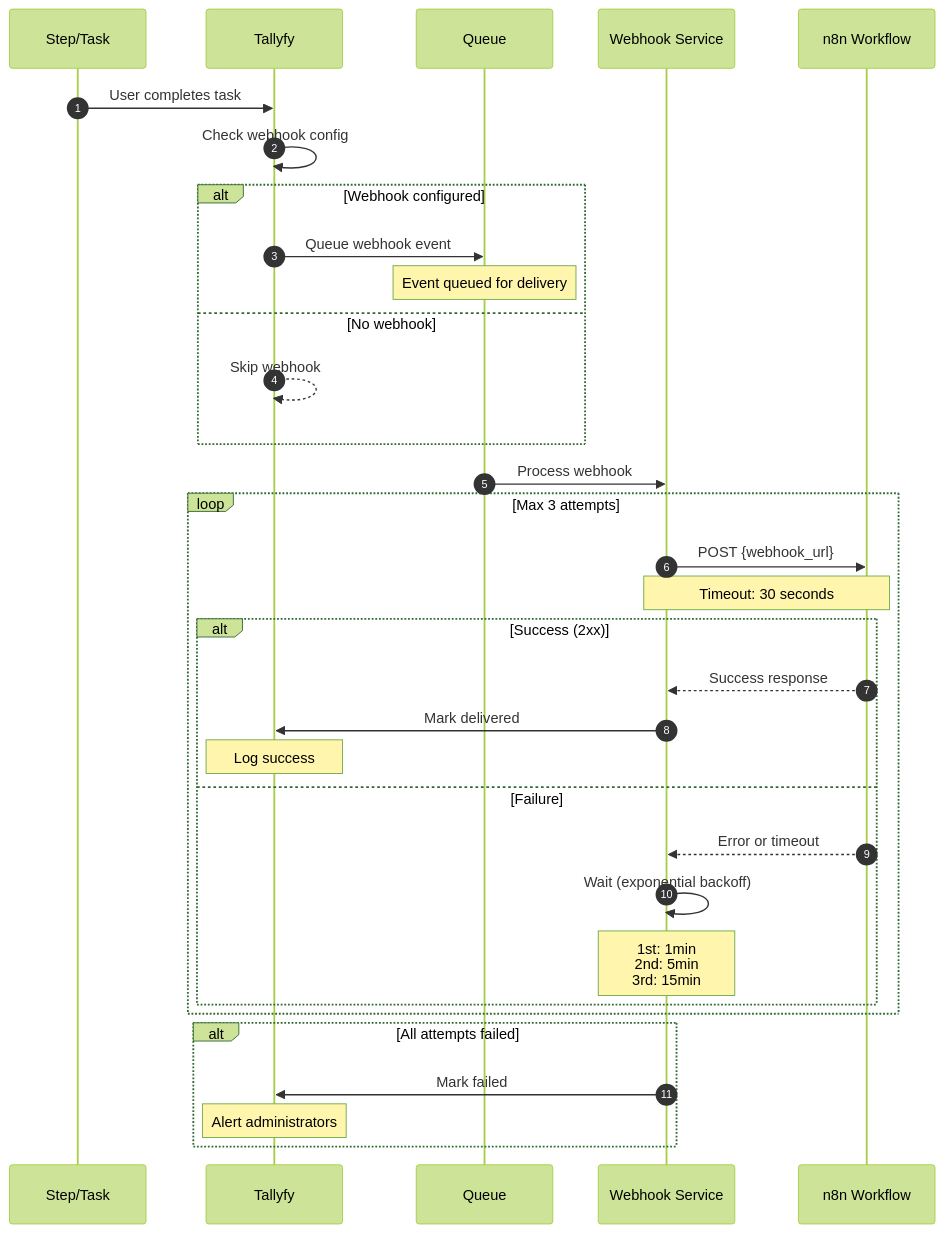
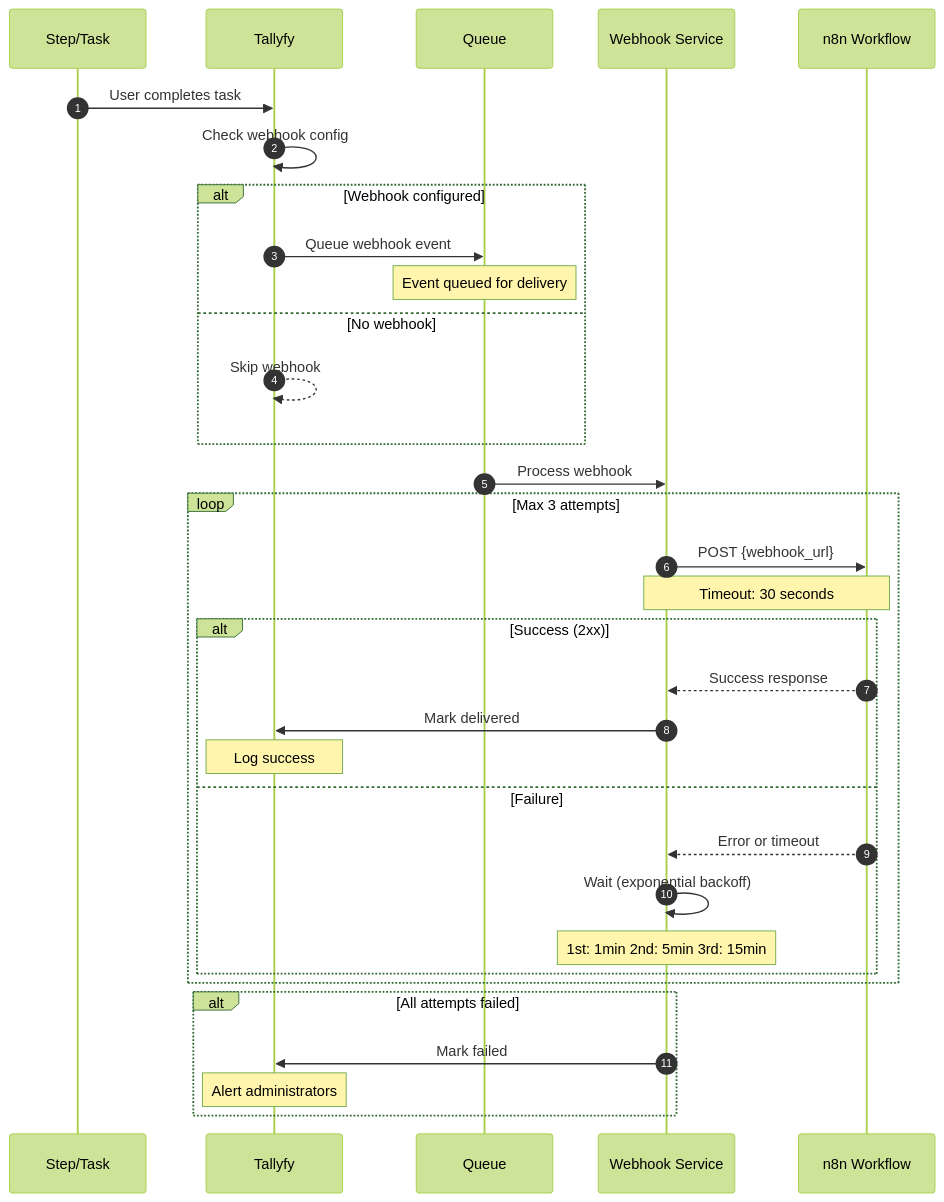
One commit to tallyfy/documentation changed the second of 2 diagrams in src/content/docs/pro/integrations/middleware/n8n/connecting-n8n-to-tallyfy.mdx. Above: the diagram before and after it, drawn with Mermaid. The commit also changed other lines of this file and 46 other files, not shown here.

Commit message:
Update Mermaid notation

````diff
--- a/src/content/docs/pro/integrations/middleware/n8n/connecting-n8n-to-tallyfy.mdx
+++ b/src/content/docs/pro/integrations/middleware/n8n/connecting-n8n-to-tallyfy.mdx
@@ -243,42 +236,42 @@
 ```mermaid
 %%{init: {'theme':'forest'}}%%
 sequenceDiagram
-    autonumber
-    participant S as Step/Task
-    participant T as Tallyfy
-    participant Q as Queue
-    participant W as Webhook Service
-    participant n8n as n8n Workflow
-    
-    S->>T: User completes task
-    T->>T: Check webhook config
-    
-    alt Webhook configured
-        T->>Q: Queue webhook event
-        Note over Q: Event queued for delivery
-    else No webhook
-        T-->>T: Skip webhook
-    end
-    
-    Q->>W: Process webhook
-    
-    loop Max 3 attempts
-        W->>n8n: POST {webhook_url}
-        Note over W,n8n: Timeout: 30 seconds
-        
-        alt Success (2xx)
-            n8n-->>W: Success response
-            W->>T: Mark delivered
-            Note over T: Log success
-        else Failure
-            n8n-->>W: Error or timeout
-            W->>W: Wait (exponential backoff)
-            Note over W: 1st: 1min<br/>2nd: 5min<br/>3rd: 15min
-        end
-    end
-    
-    alt All attempts failed
-        W->>T: Mark failed
-        Note over T: Alert administrators
-    end
+ autonumber
+ participant S as Step/Task
+ participant T as Tallyfy
+ participant Q as Queue
+ participant W as Webhook Service
+ participant n8n as n8n Workflow
+ 
+ S->>T: User completes task
+ T->>T: Check webhook config
+ 
+ alt Webhook configured
+ T->>Q: Queue webhook event
+ Note over Q: Event queued for delivery
+ else No webhook
+ T-->>T: Skip webhook
+ end
+ 
+ Q->>W: Process webhook
+ 
+ loop Max 3 attempts
+ W->>n8n: POST {webhook_url}
+ Note over W,n8n: Timeout: 30 seconds
+ 
+ alt Success (2xx)
+ n8n-->>W: Success response
+ W->>T: Mark delivered
+ Note over T: Log success
+ else Failure
+ n8n-->>W: Error or timeout
+ W->>W: Wait (exponential backoff)
+ Note over W: 1st: 1min 2nd: 5min 3rd: 15min
+ end
+ end
+ 
+ alt All attempts failed
+ W->>T: Mark failed
+ Note over T: Alert administrators
+ end
 ```
````
